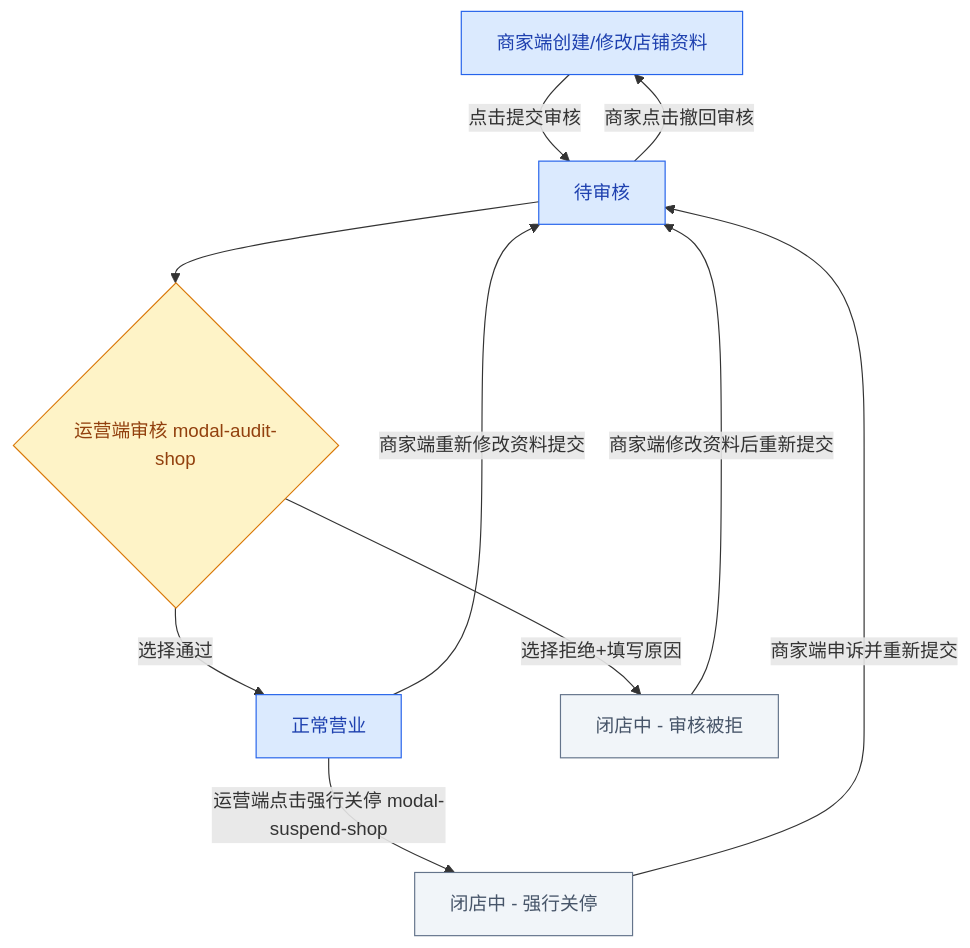
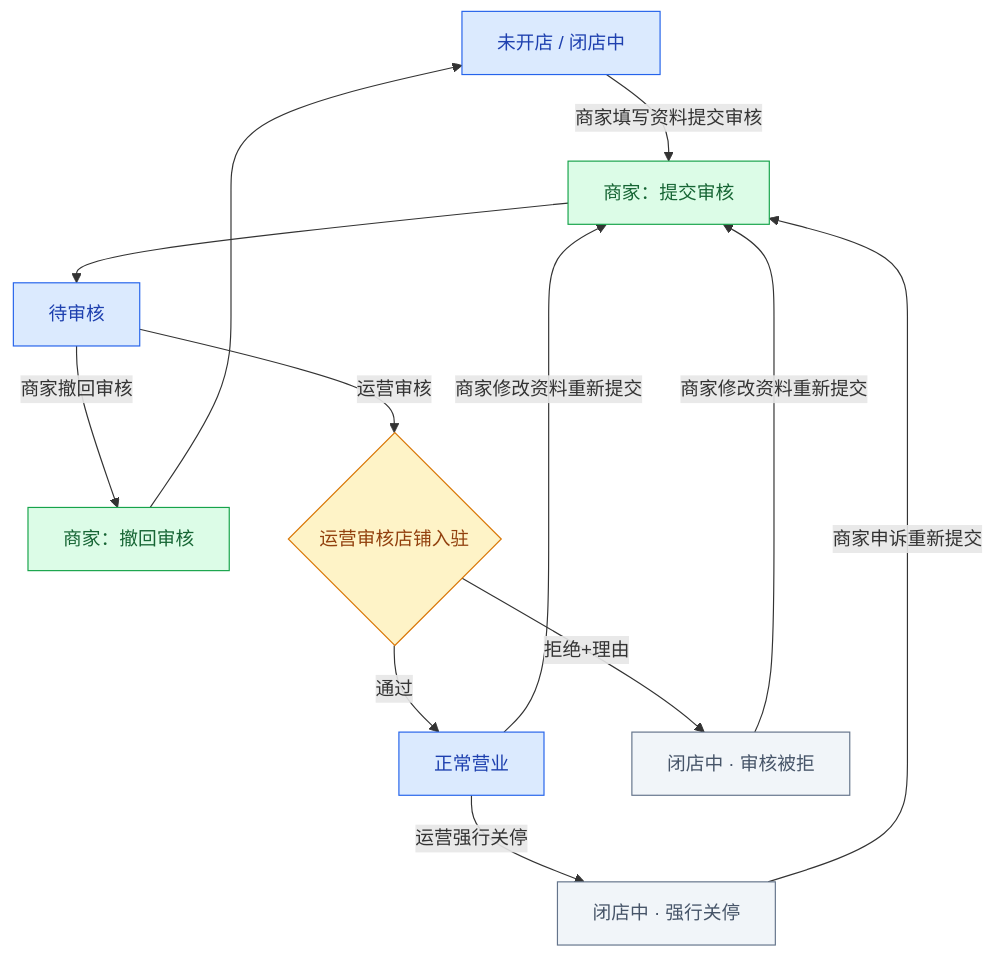
One commit to barry0-0/sahngliu changed the first of 8 diagrams in Summary/字段表整理文档_完整版.md. Above: the diagram before and after it, drawn with Mermaid. The commit also changed other lines of this file and 11 other files, not shown here.

````diff
--- a/Summary/字段表整理文档_完整版.md
+++ b/Summary/字段表整理文档_完整版.md
@@ -36,18 +80,19 @@
 ```mermaid
 graph TB
-    A[商家端创建/修改店铺资料] -->|点击提交审核| B[待审核]
-    B -->|商家点击撤回审核| A
-    B --> C{运营端审核 modal-audit-shop}
-    C -->|选择通过| D[正常营业]
-    C -->|选择拒绝+填写原因| E[闭店中 - 审核被拒]
-    D -->|运营端点击强行关停 modal-suspend-shop| F[闭店中 - 强行关停]
-    D -->|商家端重新修改资料提交| B
-    E -->|商家端修改资料后重新提交| B
-    F -->|商家端申诉并重新提交| B
+    A[未开店 / 闭店中]:::state
+    A -->|商家填写资料提交审核| A1[商家：提交审核]:::btn
+    A1 --> B[待审核]:::state
+    B -->|商家撤回审核| B1[商家：撤回审核]:::btn
+    B1 --> A
+    B -->|运营审核| C{运营审核店铺入驻}:::judge
+    C -->|通过| D[正常营业]:::state
+    C -->|拒绝+理由| E[闭店中 · 审核被拒]:::endState
+    D -->|商家修改资料重新提交| A1
+    D -->|运营强行关停| F[闭店中 · 强行关停]:::endState
+    F -->|商家申诉重新提交| A1
+    E -->|商家修改资料重新提交| A1
     classDef state fill:#dbeafe,stroke:#2563eb,color:#1e40af
+    classDef btn fill:#dcfce7,stroke:#16a34a,color:#166534
     classDef judge fill:#fef3c7,stroke:#d97706,color:#92400e
     classDef endState fill:#f1f5f9,stroke:#64748b,color:#475569
-    class A,B,D state
-    class C judge
-    class E,F endState
 ```
````
